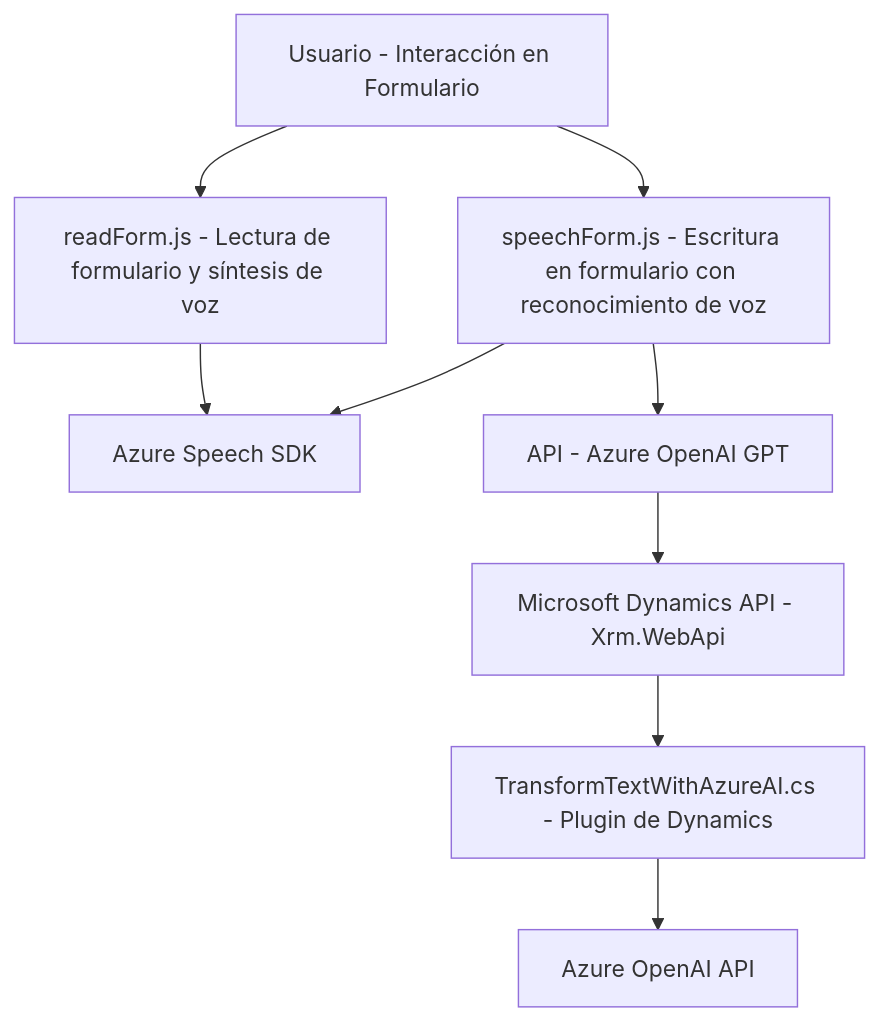
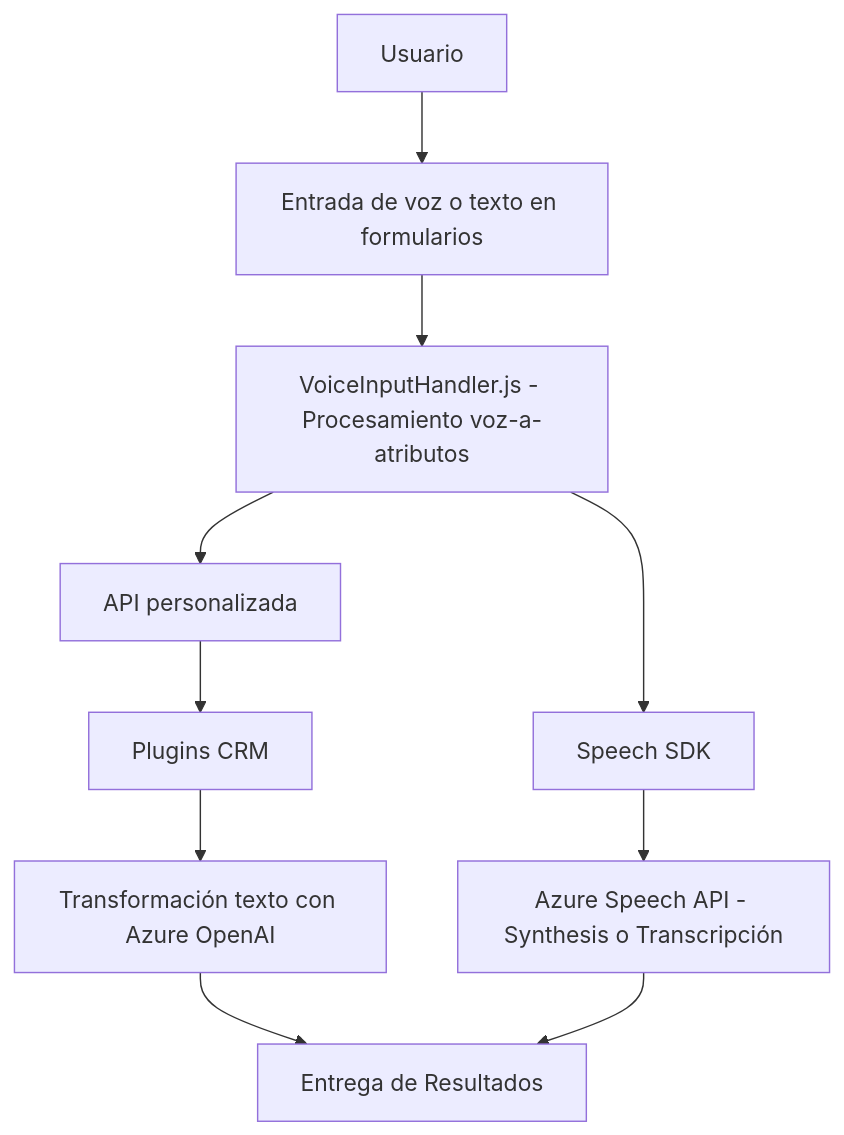
Before and after one commit to blopezdm/NETCORE_BILBAO2025: the diagram in README.md, drawn with Mermaid. The commit also changed other lines of this file, not shown here.

Commit message:
Actualizar análisis global de la solución con IA

````diff
--- a/README.md
+++ b/README.md
@@ -23,11 +33,22 @@
 ```mermaid
 graph TD
-    A["Usuario - Interacción en Formulario"] --> B["readForm.js - Lectura de formulario y síntesis de voz"]
-    A --> C["speechForm.js - Escritura en formulario con reconocimiento de voz"]
-    B --> D["Azure Speech SDK"]
+    A["Usuario"]
+    B["Entrada de voz o texto en formularios"]
+    C["VoiceInputHandler.js - Procesamiento voz-a-atributos"]
+    D["Speech SDK"]
+    E["Azure Speech API - Synthesis o Transcripción"]
+    F["API personalizada"]
+    G["Plugins CRM"]
+    H["Transformación texto con Azure OpenAI"]
+    I["Entrega de Resultados"]
+
+    A --> B
+    B --> C
     C --> D
-    C --> E["API - Azure OpenAI GPT"]
-    E --> F["Microsoft Dynamics API - Xrm.WebApi"]
-    F --> G["TransformTextWithAzureAI.cs - Plugin de Dynamics"]
-    G --> H["Azure OpenAI API"]
+    D --> E
+    C --> F
+    F --> G
+    G --> H
+    H --> I
+    E --> I
 ```
````
